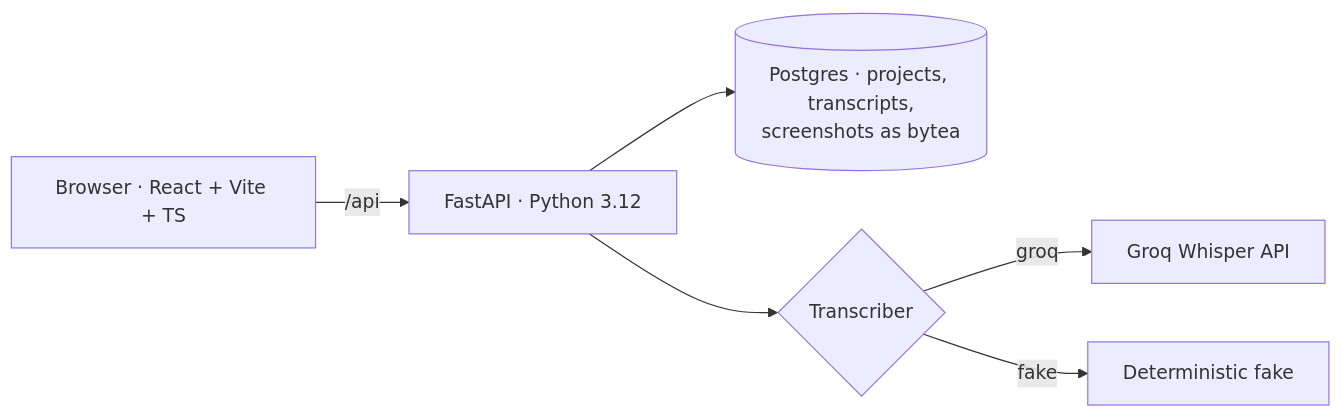
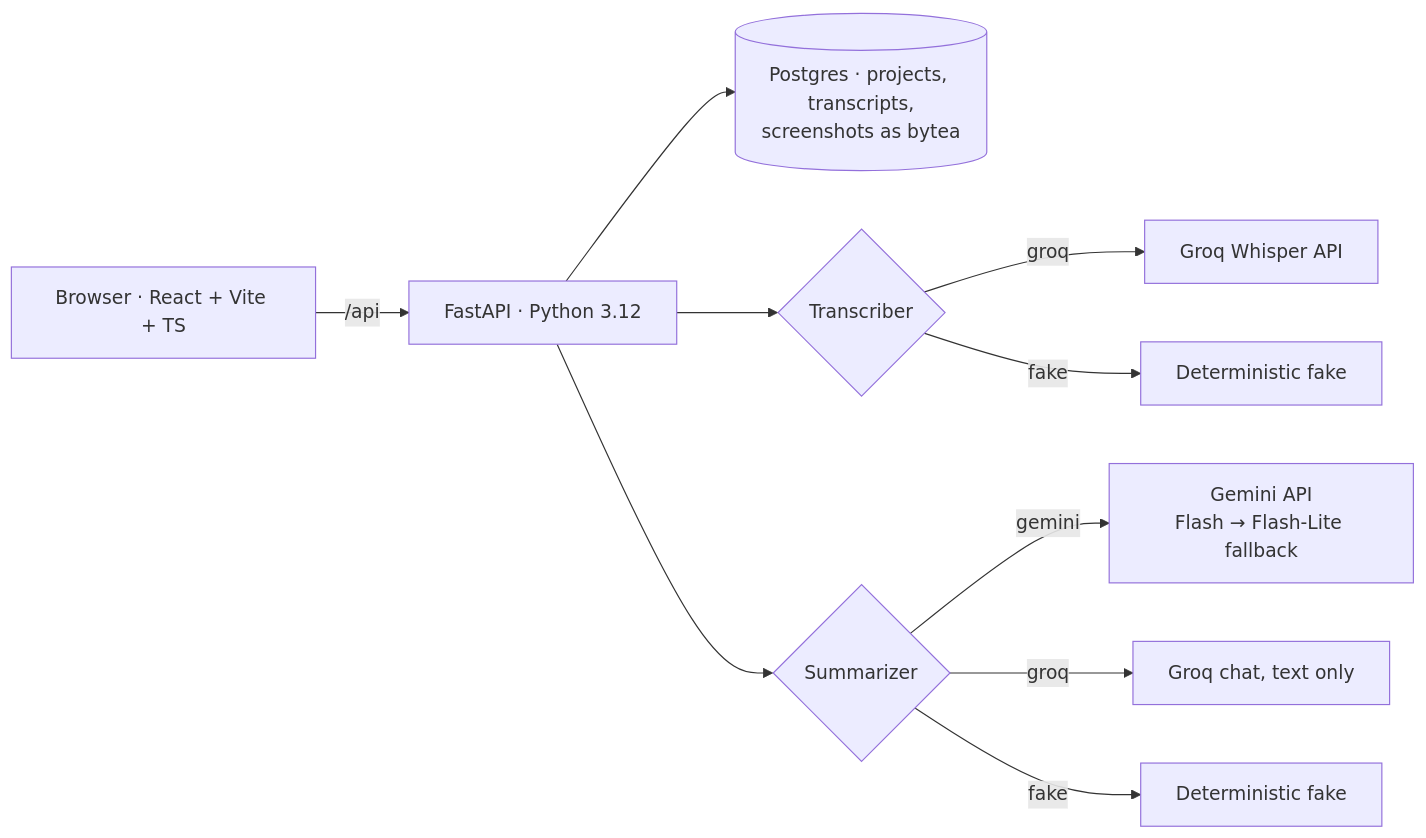
One commit to mrfmanuel/EchoNotes changed the first of 4 diagrams in README.md. Above: the diagram before and after it, drawn with Mermaid. The commit also changed other lines of this file and 12 other files, not shown here.

````diff
--- a/README.md
+++ b/README.md
@@ -92,8 +104,12 @@
 ```mermaid
 flowchart LR
     B[Browser · React + Vite + TS] -- "/api" --> A[FastAPI · Python 3.12]
     A --> P[(Postgres · projects, transcripts,<br/>screenshots as bytea)]
     A --> T{Transcriber}
     T -->|groq| G[Groq Whisper API]
     T -->|fake| F[Deterministic fake]
+    A --> S{Summarizer}
+    S -->|gemini| GM[Gemini API<br/>Flash → Flash-Lite fallback]
+    S -->|groq| GQ[Groq chat, text only]
+    S -->|fake| SF[Deterministic fake]
 ```
````
